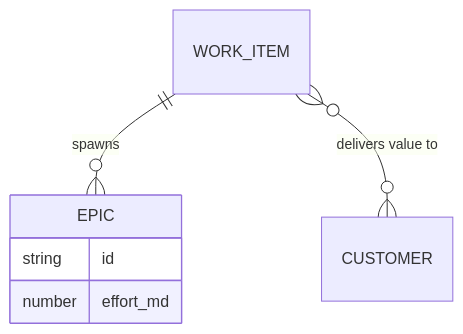
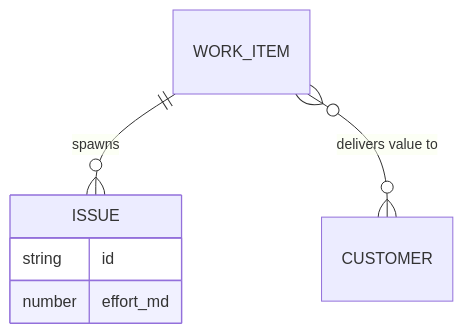
One commit to AlesKracik/ValueStream-DependencyTree changed the second of 2 diagrams in doc/WORKITEMS.md. Above: the diagram before and after it, drawn with Mermaid. The commit also changed other lines of this file and 63 other files, not shown here.

````diff
--- a/doc/WORKITEMS.md
+++ b/doc/WORKITEMS.md
@@ -66,9 +66,9 @@
 ```mermaid
 erDiagram
-    WORK_ITEM ||--o{ EPIC : "spawns"
+    WORK_ITEM ||--o{ ISSUE : "spawns"
     WORK_ITEM }o--o{ CUSTOMER : "delivers value to"
-    EPIC {
+    ISSUE {
         string id
         number effort_md
     }
 ```
````
